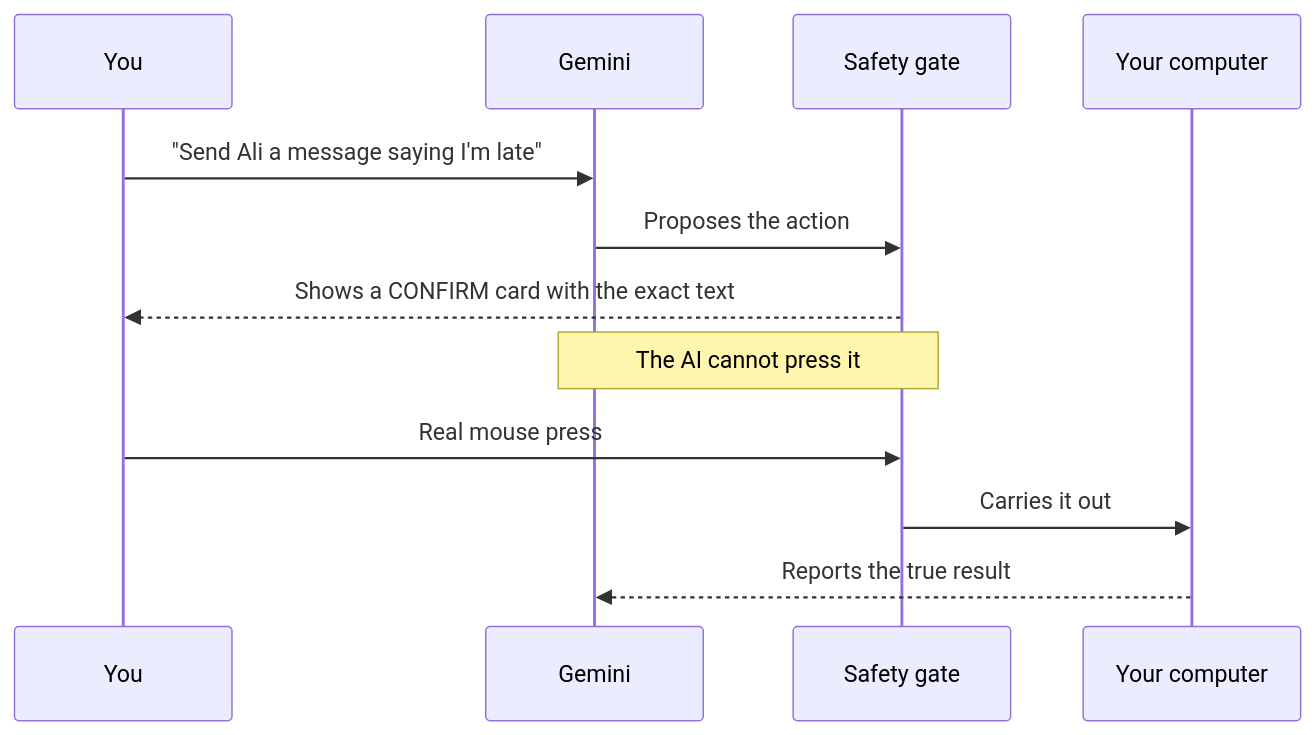
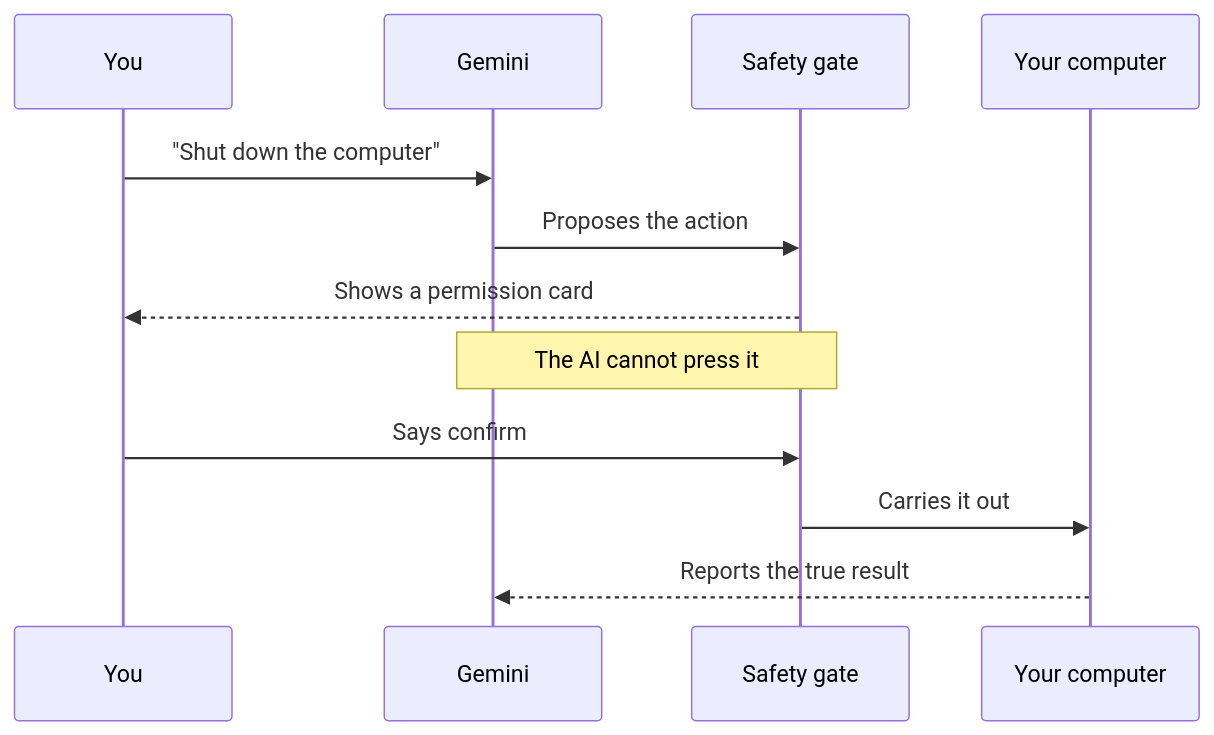
One commit to SAMIJAVED217/ALPHA changed the first of 2 diagrams in README.md. Above: the diagram before and after it, drawn with Mermaid. The commit also changed other lines of this file and 31 other files, not shown here.

````diff
--- a/README.md
+++ b/README.md
@@ -130,14 +134,14 @@
 ```mermaid
 sequenceDiagram
     participant You
     participant AI as Gemini
     participant Gate as Safety gate
     participant PC as Your computer
-    You->>AI: "Send Ali a message saying I'm late"
+    You->>AI: "Shut down the computer"
     AI->>Gate: Proposes the action
-    Gate-->>You: Shows a CONFIRM card with the exact text
+    Gate-->>You: Shows a permission card
     Note over AI,Gate: The AI cannot press it
-    You->>Gate: Real mouse press
+    You->>Gate: Says confirm
     Gate->>PC: Carries it out
     PC-->>AI: Reports the true result
 ```
````
